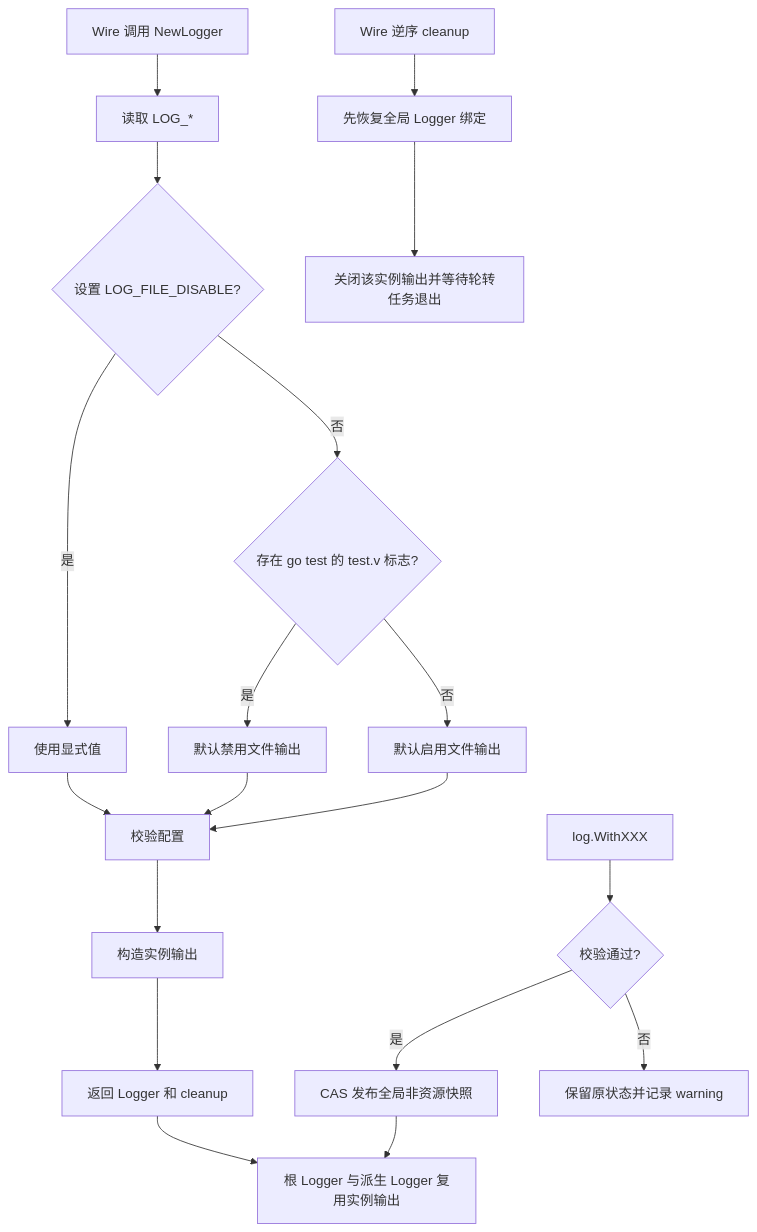
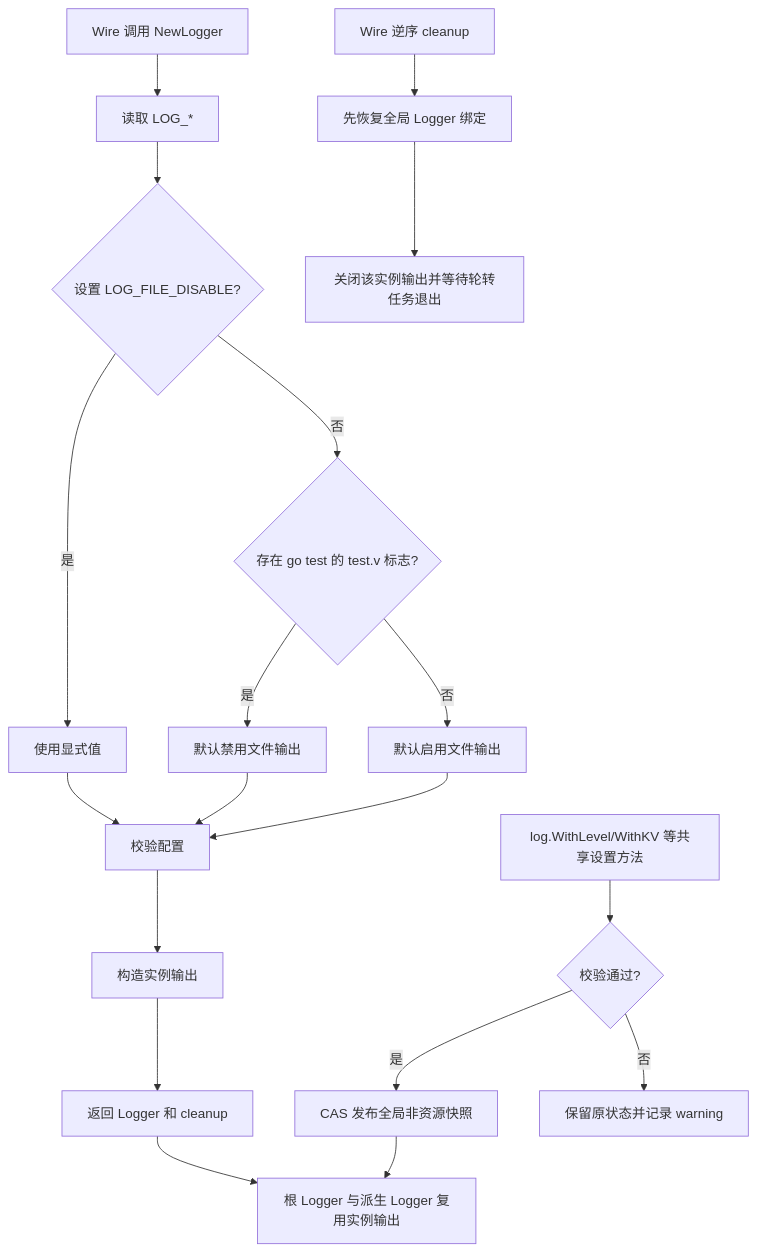
One commit to jaggerzhuang1994/kratos-foundation changed the first of 6 diagrams in pkg/log/README.md. Above: the diagram before and after it, drawn with Mermaid. The commit also changed other lines of this file and 96 other files, not shown here.

````diff
--- a/pkg/log/README.md
+++ b/pkg/log/README.md
@@ -25,21 +26,21 @@
 ```mermaid
 flowchart TD
     A[Wire 调用 NewLogger] --> B[读取 LOG_*]
     B --> T{设置 LOG_FILE_DISABLE?}
     T -- 是 --> V[使用显式值]
     T -- 否 --> U{存在 go test 的 test.v 标志?}
     U -- 是 --> X[默认禁用文件输出]
     U -- 否 --> Y[默认启用文件输出]
     V --> Q[校验配置]
     X --> Q
     Y --> Q
     Q --> C[构造实例输出]
     C --> D[返回 Logger 和 cleanup]
     D --> E[根 Logger 与派生 Logger 复用实例输出]
-    F[log.WithXXX] --> G{校验通过?}
+    F[log.WithLevel/WithKV 等共享设置方法] --> G{校验通过?}
     G -- 是 --> H[CAS 发布全局非资源快照]
     G -- 否 --> I[保留原状态并记录 warning]
     H --> E
     J[Wire 逆序 cleanup] --> K[先恢复全局 Logger 绑定]
     K --> L[关闭该实例输出并等待轮转任务退出]
 ```
````
